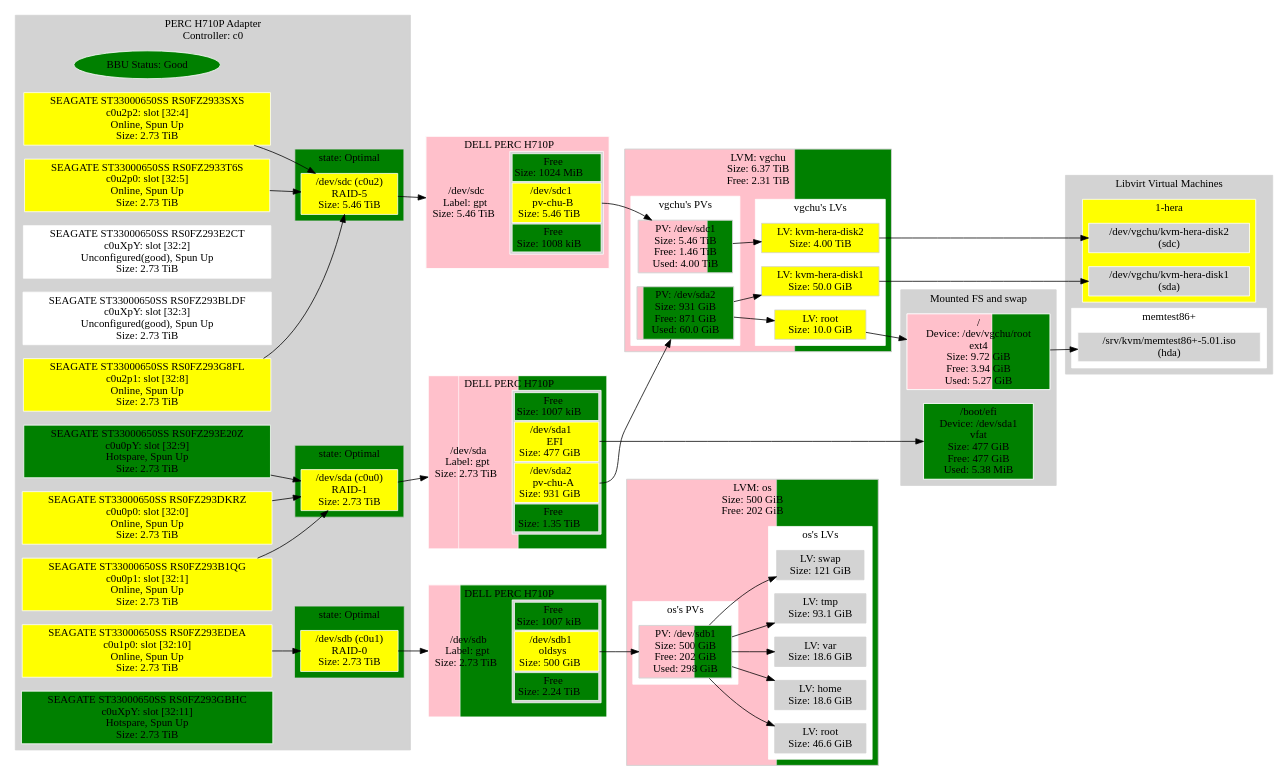
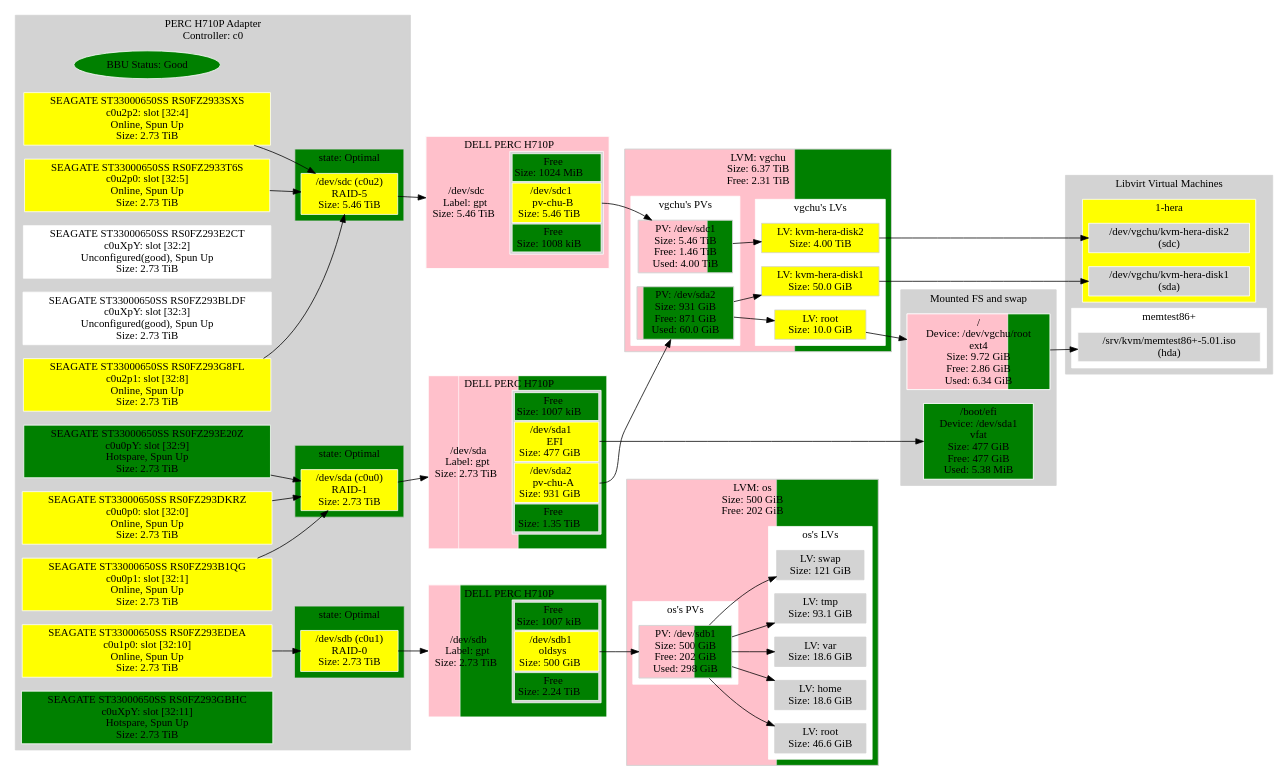
The diagram in distros/S/StorageDisplay/data/ge95142.ref.dot (metacpan/metacpan-cpan-extracted), drawn with Graphviz before and after one commit. The commit also changed 1802 other files, not shown here.

```diff
--- a/distros/S/StorageDisplay/data/ge95142.ref.dot
+++ b/distros/S/StorageDisplay/data/ge95142.ref.dot
@@ -260,8 +260,8 @@
 		fillcolor=lightgrey;
 		node [style=filled,color=white,fillcolor=lightgrey,shape=rectangle];
 		{ "@FS@/" [
-			label="/\nDevice: /dev/vgchu/root\next4\nSize: 9.72 GiB\nFree: 3.94 GiB\nUsed: 5.27 GiB";
-			style=striped;fillcolor="pink;0.594976.2:green"
+			label="/\nDevice: /dev/vgchu/root\next4\nSize: 9.72 GiB\nFree: 2.86 GiB\nUsed: 6.34 GiB";
+			style=striped;fillcolor="pink;0.705692.2:green"
 		]; }
 		{ "@FS@/boot/efi" [
 			label="/boot/efi\nDevice: /dev/sda1\nvfat\nSize: 477 GiB\nFree: 477 GiB\nUsed: 5.38 MiB";
@@ -303,9 +303,9 @@
 	"LVM@os@PV@sdb1" -> "dm-4"
 	"LVM@os@PV@sdb1" -> "dm-5"
 	// Links from LVM VG: vgchu
-	"LVM@vgchu@PV@sda2" -> "dm-0"
 	"LVM@vgchu@PV@sda2" -> "dm-6"
 	"LVM@vgchu@PV@sdc1" -> "dm-7"
+	"LVM@vgchu@PV@sda2" -> "dm-0"
 	// Links from MegaCli: Controller c0
 	"@LSIMegacli@0@dev@LSIMegaCli@c0u0p0" -> "sda"
 	"@LSIMegacli@0@dev@LSIMegaCli@c0u0p1" -> "sda"
```
